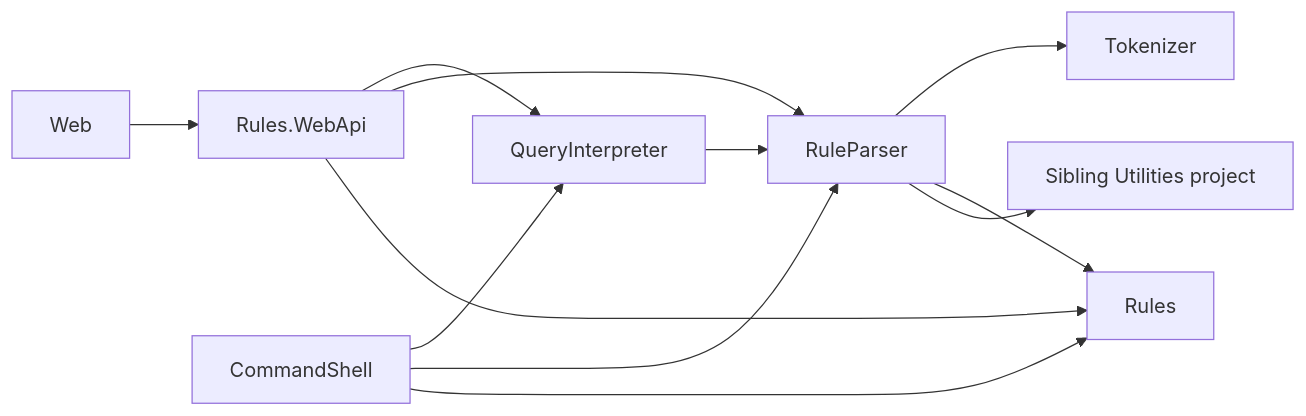
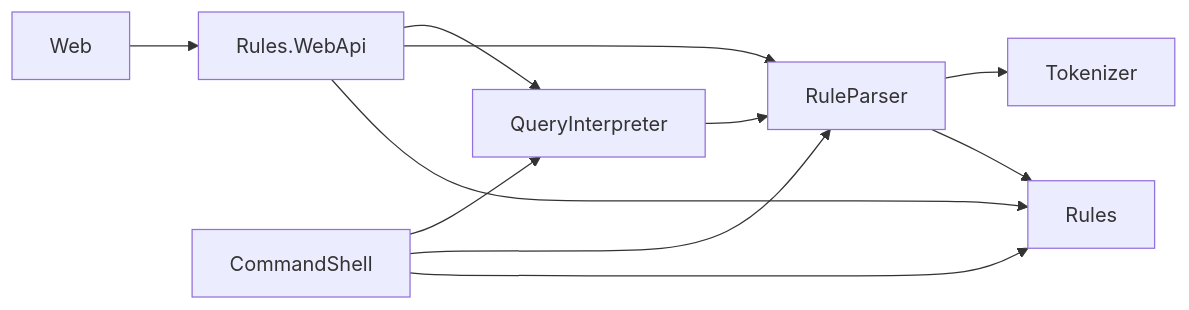
Before and after one commit to ThinBuddha/RuleEngine: the second of 4 diagrams in doc/architecture-and-developer-guide.md, drawn with Mermaid. The commit also changed other lines of this file and 6 other files, not shown here.

Commit message:
Remove external Utilities project dependency

````diff
--- a/doc/architecture-and-developer-guide.md
+++ b/doc/architecture-and-developer-guide.md
@@ -47,14 +47,13 @@
 ```mermaid
 flowchart LR
     Web --> API[Rules.WebApi]
     Shell[CommandShell] --> Query[QueryInterpreter]
     API --> Query
     Query --> Parser[RuleParser]
     Shell --> Parser
     API --> Parser
     Parser --> Tokenizer
     Parser --> Rules
-    Parser --> Utilities[Sibling Utilities project]
     API --> Rules
     Shell --> Rules
 ```
````
